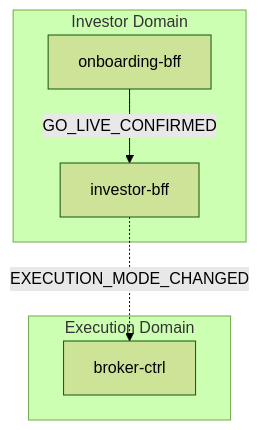
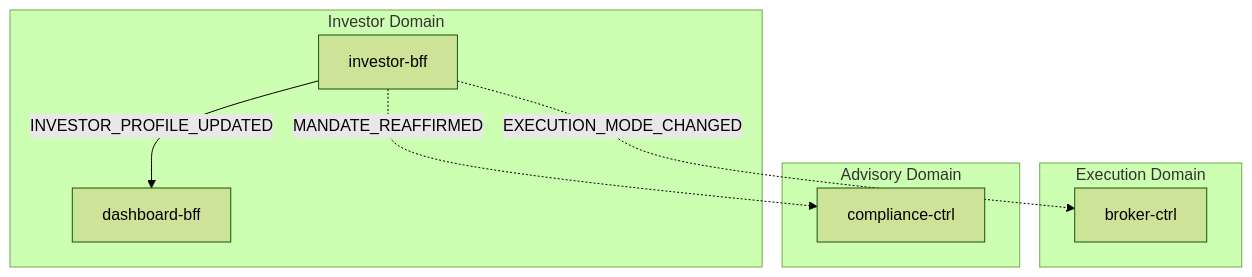
The first of 2 diagrams in docs/data-flows/go-live.md (fabio-vitali/nestfolio), drawn with Mermaid (forest theme) before and after one commit. The commit also changed other lines of this file and 1 other file, not shown here.

First line of the commit message:
docs(go-live): rewrite flow spec for confirmGoLive trigger + mandate-reaffirm + dashboard UI-truth

````diff
--- a/docs/data-flows/go-live.md
+++ b/docs/data-flows/go-live.md
@@ -11,12 +11,16 @@
 ```mermaid
 flowchart TD
     subgraph investor["Investor Domain"]
-        onboarding_bff["onboarding-bff"]
         investor_bff["investor-bff"]
+        dashboard_bff["dashboard-bff"]
     end
     subgraph execution["Execution Domain"]
         broker_ctrl["broker-ctrl"]
     end
-    onboarding_bff -->|"GO_LIVE_CONFIRMED"| investor_bff
+    subgraph advisory["Advisory Domain"]
+        compliance_ctrl["compliance-ctrl"]
+    end
     investor_bff -.->|"EXECUTION_MODE_CHANGED"| broker_ctrl
+    investor_bff -->|"INVESTOR_PROFILE_UPDATED"| dashboard_bff
+    investor_bff -.->|"MANDATE_REAFFIRMED"| compliance_ctrl
 ```
````
